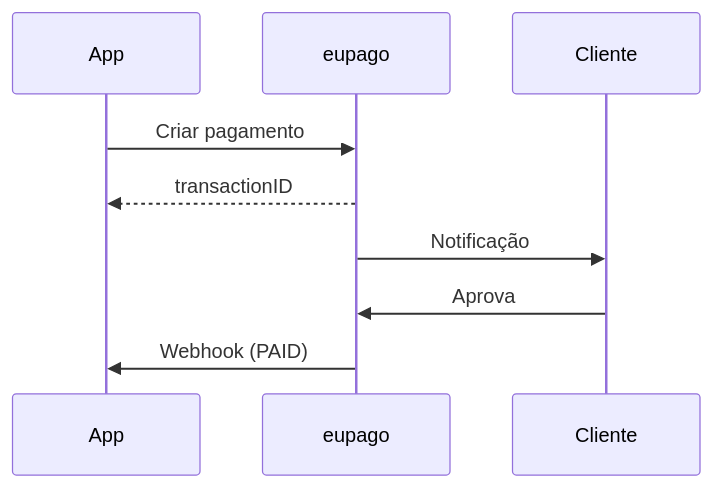
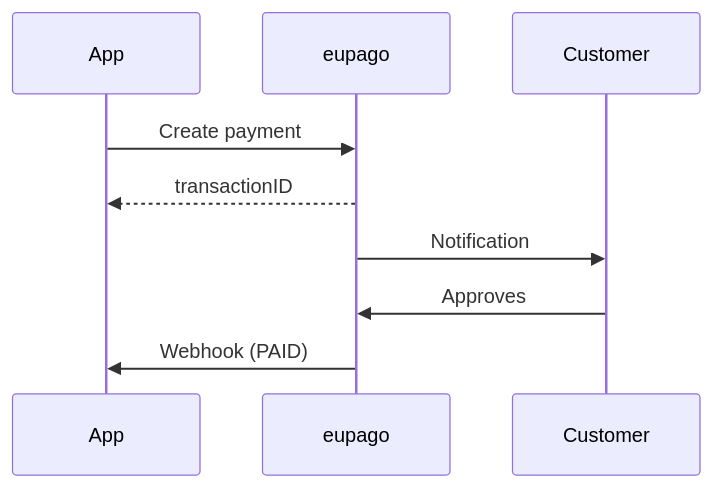
One commit to bilouro/eupago-python changed the first of 3 diagrams in docs/payments/index.md. Above: the diagram before and after it, drawn with Mermaid. The commit also changed other lines of this file and 50 other files, not shown here.

````diff
--- a/docs/payments/index.md
+++ b/docs/payments/index.md
@@ -19,11 +19,11 @@
 ```mermaid
 sequenceDiagram
     participant App
     participant eupago
-    participant Cliente
-    App->>eupago: Criar pagamento
+    participant Customer
+    App->>eupago: Create payment
     eupago-->>App: transactionID
-    eupago->>Cliente: Notificação
-    Cliente->>eupago: Aprova
+    eupago->>Customer: Notification
+    Customer->>eupago: Approves
     eupago->>App: Webhook (PAID)
 ```
````
